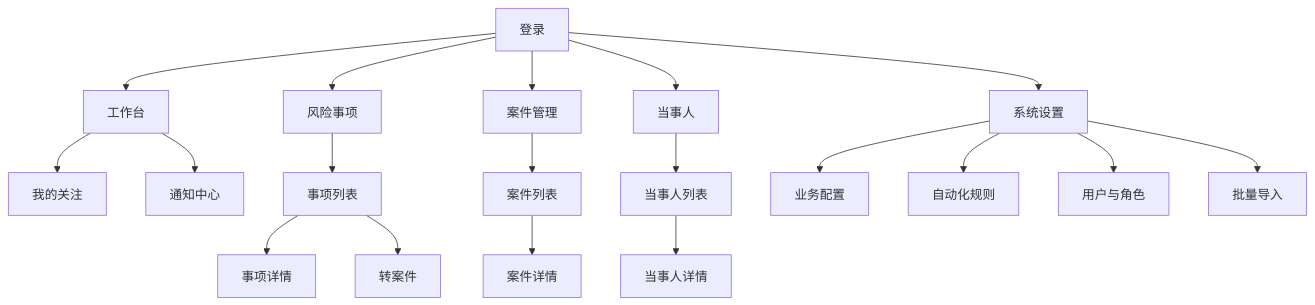
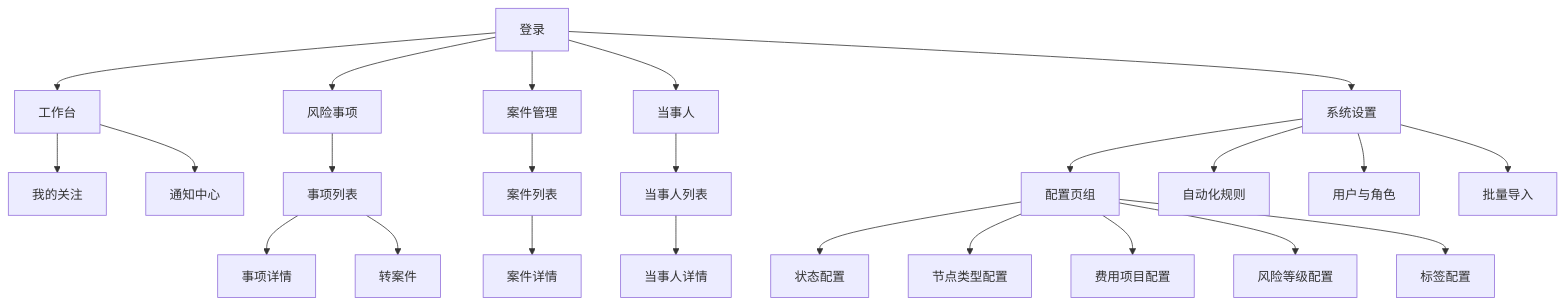
One commit to PhinnPeng/MatterNest changed the first of 2 diagrams in docs/PRD-phase1-master.md. Above: the diagram before and after it, drawn with Mermaid. The commit also changed other lines of this file and 16 other files, not shown here.

First line of the commit message:
docs(prd): 意图对齐 V9 回写——企业当事方口径并入六件规格

````diff
--- a/docs/PRD-phase1-master.md
+++ b/docs/PRD-phase1-master.md
@@ -296,22 +312,27 @@
 ```mermaid
 graph TD
   L[登录] 
   L --> W[工作台]
   W --> W1[我的关注]
   W --> W2[通知中心]
   L --> R[风险事项]
   R --> R1[事项列表]
   R1 --> R2[事项详情]
   R1 --> R3[转案件]
   L --> C[案件管理]
   C --> C1[案件列表]
   C1 --> C2[案件详情]
   L --> P[当事人]
   P --> P1[当事人列表]
   P1 --> P2[当事人详情]
   L --> S[系统设置]
-  S --> S1[业务配置]
+  S --> S1[配置页组]
+  S1 --> S1a[状态配置]
+  S1 --> S1b[节点类型配置]
+  S1 --> S1c[费用项目配置]
+  S1 --> S1d[风险等级配置]
+  S1 --> S1e[标签配置]
   S --> S2[自动化规则]
   S --> S3[用户与角色]
   S --> S4[批量导入]
 ```
````
